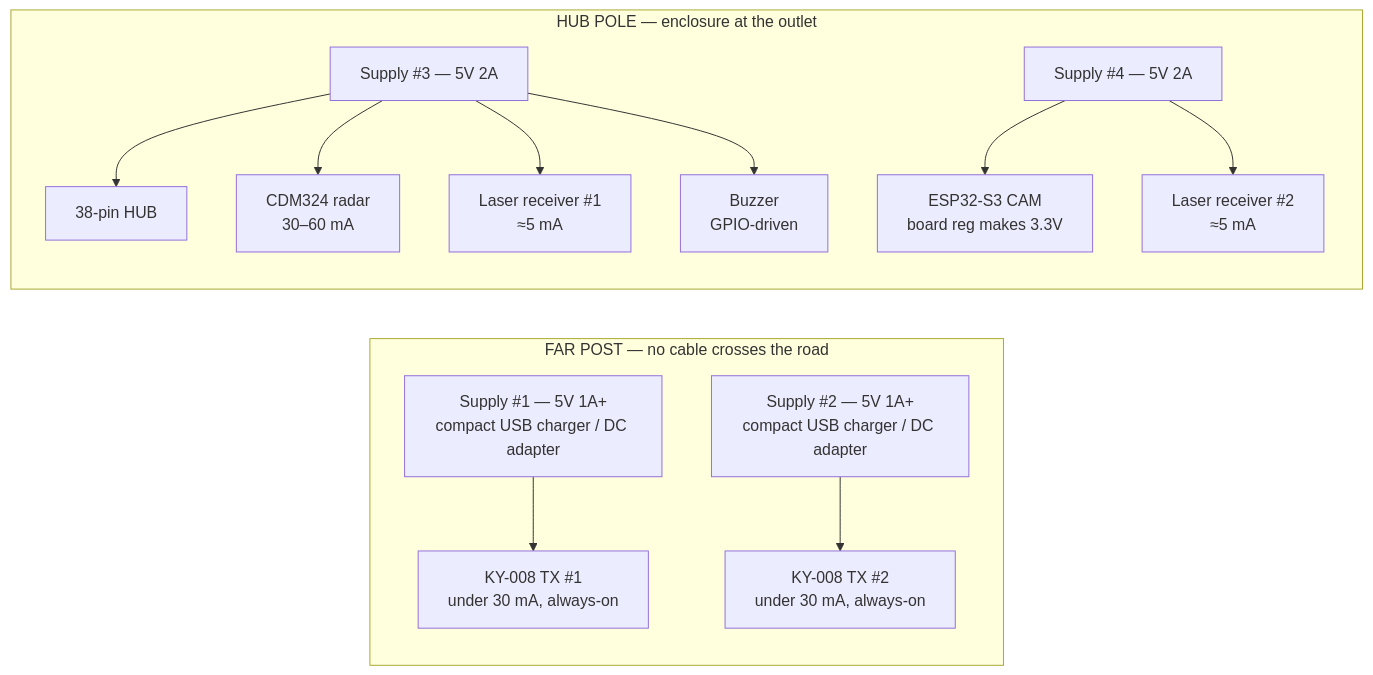
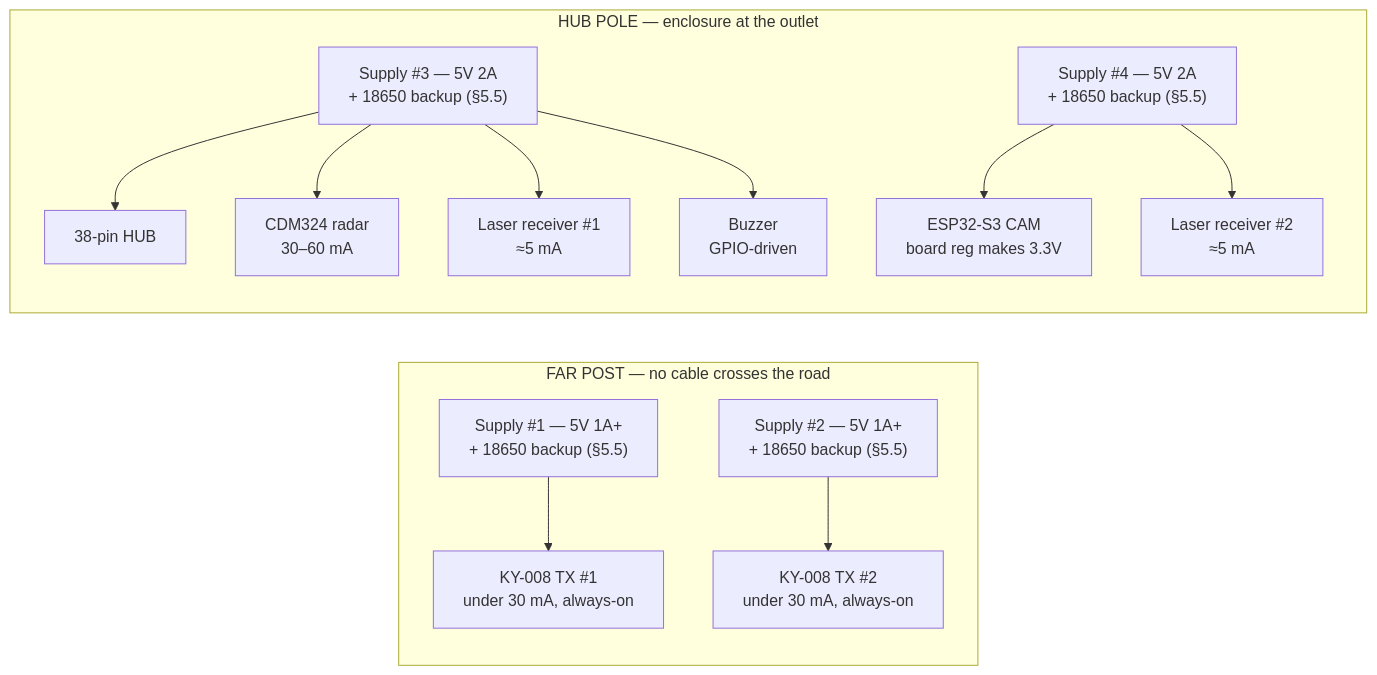
The second of 2 diagrams in docs/HARDWARE.md (qppd/safeway), drawn with Mermaid before and after one commit. The commit also changed other lines of this file and 4 other files, not shown here.

````diff
--- a/docs/HARDWARE.md
+++ b/docs/HARDWARE.md
@@ -207,29 +221,29 @@
 ```mermaid
 flowchart LR
     subgraph FARPOST["FAR POST — no cable crosses the road"]
         direction TB
-        S1["Supply #1 — 5V 1A+<br/>compact USB charger / DC adapter"]
-        S2["Supply #2 — 5V 1A+<br/>compact USB charger / DC adapter"]
+        S1["Supply #1 — 5V 1A+<br/>+ 18650 backup (§5.5)"]
+        S2["Supply #2 — 5V 1A+<br/>+ 18650 backup (§5.5)"]
         TX1["KY-008 TX #1<br/>under 30 mA, always-on"]
         TX2["KY-008 TX #2<br/>under 30 mA, always-on"]
         S1 --> TX1
         S2 --> TX2
     end
     subgraph HUBPOLE["HUB POLE — enclosure at the outlet"]
         direction TB
-        S3["Supply #3 — 5V 2A"]
+        S3["Supply #3 — 5V 2A<br/>+ 18650 backup (§5.5)"]
         HUB["38-pin HUB"]
         RADAR["CDM324 radar<br/>30–60 mA"]
         RX1["Laser receiver #1<br/>≈5 mA"]
         BUZ["Buzzer<br/>GPIO-driven"]
         S3 --> HUB
         S3 --> RADAR
         S3 --> RX1
         S3 --> BUZ
-        S4["Supply #4 — 5V 2A"]
+        S4["Supply #4 — 5V 2A<br/>+ 18650 backup (§5.5)"]
         CAM["ESP32-S3 CAM<br/>board reg makes 3.3V"]
         RX2["Laser receiver #2<br/>≈5 mA"]
         S4 --> CAM
         S4 --> RX2
     end
 ```
````
